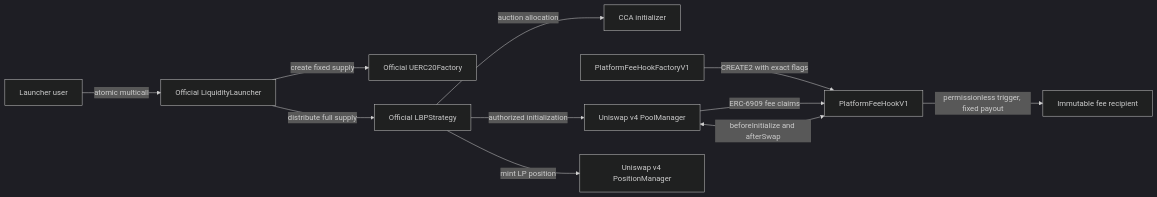
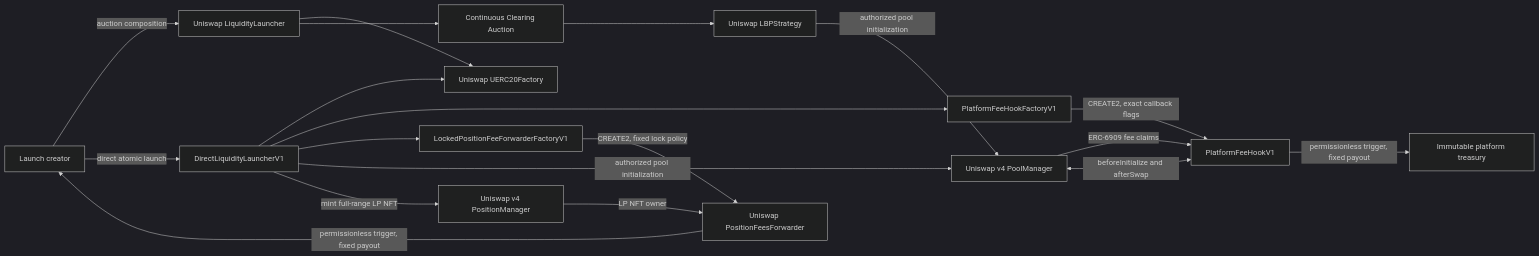
One commit to 0xprogrammable/PROGRAMMABLE changed the first of 2 diagrams in contracts/security/diagrams/architecture.md. Above: the diagram before and after it, drawn with Mermaid (dark theme). The commit also changed other lines of this file and 23 other files, not shown here.

Commit message:
Add direct v4 launch variant and security gates

````diff
--- a/contracts/security/diagrams/architecture.md
+++ b/contracts/security/diagrams/architecture.md
@@ -3,24 +3,37 @@
 ```mermaid
 flowchart LR
-    User[Launcher user]
-    Launcher[Official LiquidityLauncher]
-    TokenFactory[Official UERC20Factory]
-    Auction[CCA initializer]
-    Strategy[Official LBPStrategy]
-    Factory[PlatformFeeHookFactoryV1]
+    Creator[Launch creator]
+    OfficialLauncher[Uniswap LiquidityLauncher]
+    Auction[Continuous Clearing Auction]
+    Strategy[Uniswap LBPStrategy]
+    DirectLauncher[DirectLiquidityLauncherV1]
+    TokenFactory[Uniswap UERC20Factory]
+    HookFactory[PlatformFeeHookFactoryV1]
+    PositionFactory[LockedPositionFeeForwarderFactoryV1]
     Hook[PlatformFeeHookV1]
     PoolManager[Uniswap v4 PoolManager]
     PositionManager[Uniswap v4 PositionManager]
-    Treasury[Immutable fee recipient]
+    Forwarder[Uniswap PositionFeesForwarder]
+    Treasury[Immutable platform treasury]
 
-    User -->|atomic multicall| Launcher
-    Launcher -->|create fixed supply| TokenFactory
-    Launcher -->|distribute full supply| Strategy
-    Strategy -->|auction allocation| Auction
-    Factory -->|CREATE2 with exact flags| Hook
-    Strategy -->|authorized initialization| PoolManager
+    Creator -->|auction composition| OfficialLauncher
+    OfficialLauncher --> TokenFactory
+    OfficialLauncher --> Auction
+    Auction --> Strategy
+    Strategy -->|authorized pool initialization| PoolManager
+
+    Creator -->|direct atomic launch| DirectLauncher
+    DirectLauncher --> TokenFactory
+    DirectLauncher --> HookFactory
+    DirectLauncher --> PositionFactory
+    DirectLauncher -->|authorized pool initialization| PoolManager
+    DirectLauncher -->|mint full-range LP NFT| PositionManager
+
+    HookFactory -->|CREATE2, exact callback flags| Hook
+    PositionFactory -->|CREATE2, fixed lock policy| Forwarder
+    PositionManager -->|LP NFT owner| Forwarder
     Hook <-->|beforeInitialize and afterSwap| PoolManager
-    Strategy -->|mint LP position| PositionManager
     PoolManager -->|ERC-6909 fee claims| Hook
     Hook -->|permissionless trigger, fixed payout| Treasury
+    Forwarder -->|permissionless trigger, fixed payout| Creator
 ```
````
